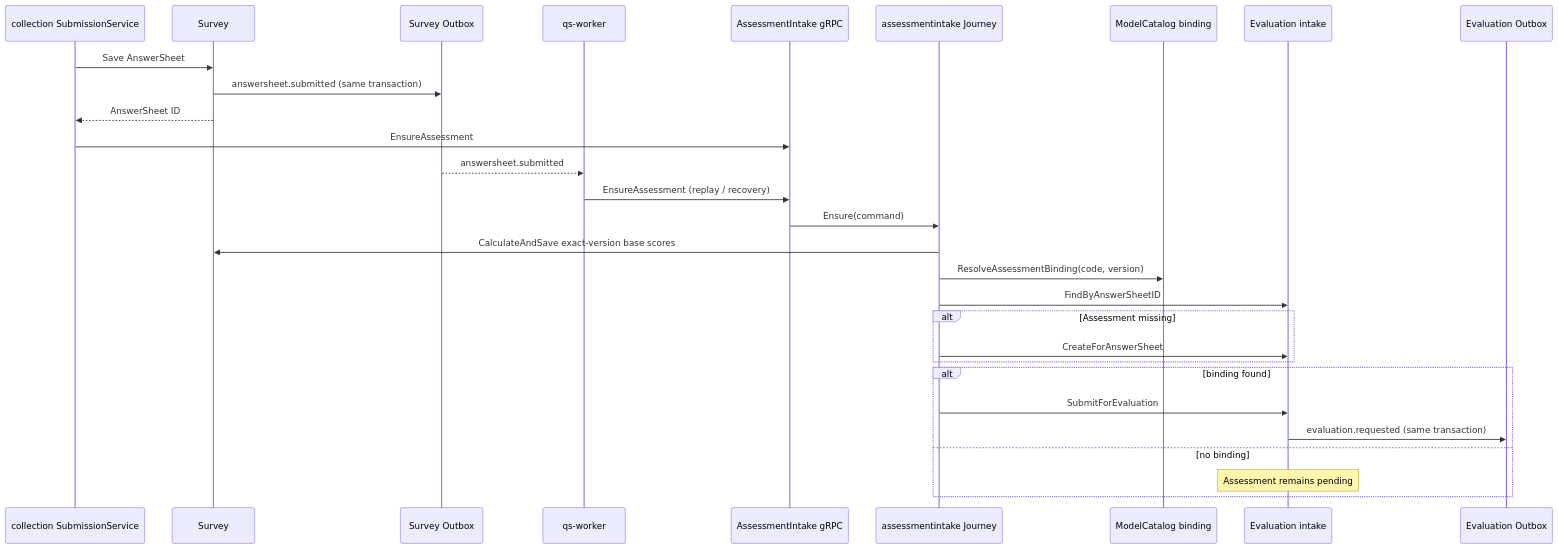
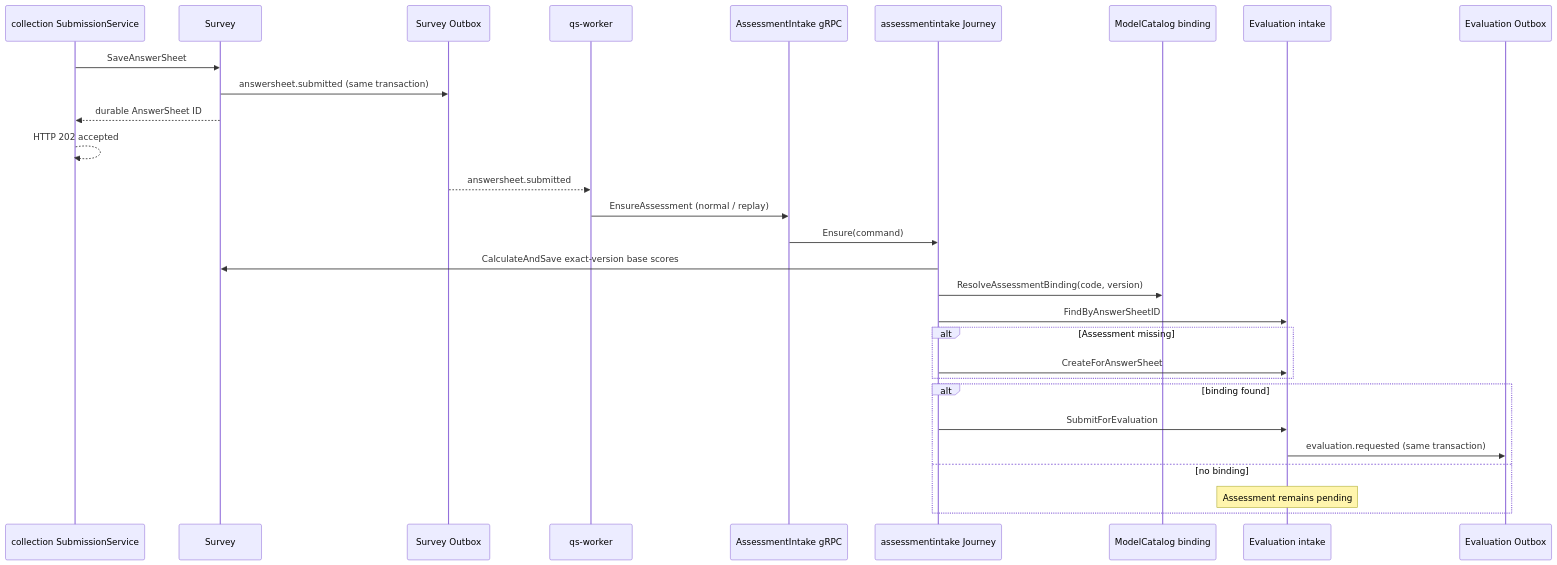
The diagram in docs/02-业务模块/30-evaluation/30-关键链路-答卷入站与测评请求.md (FangcunMount/qs-server), drawn with Mermaid before and after one commit. The commit also changed other lines of this file and 73 other files, not shown here.

````diff
--- a/docs/02-业务模块/30-evaluation/30-关键链路-答卷入站与测评请求.md
+++ b/docs/02-业务模块/30-evaluation/30-关键链路-答卷入站与测评请求.md
@@ -38,32 +38,32 @@
 ```mermaid
 sequenceDiagram
     participant C as collection SubmissionService
     participant S as Survey
     participant O as Survey Outbox
     participant W as qs-worker
     participant G as AssessmentIntake gRPC
     participant J as assessmentintake Journey
     participant M as ModelCatalog binding
     participant E as Evaluation intake
     participant EO as Evaluation Outbox
 
-    C->>S: Save AnswerSheet
+    C->>S: SaveAnswerSheet
     S->>O: answersheet.submitted (same transaction)
-    S-->>C: AnswerSheet ID
-    C->>G: EnsureAssessment
+    S-->>C: durable AnswerSheet ID
+    C-->>C: HTTP 202 accepted
     O-->>W: answersheet.submitted
-    W->>G: EnsureAssessment (replay / recovery)
+    W->>G: EnsureAssessment (normal / replay)
     G->>J: Ensure(command)
     J->>S: CalculateAndSave exact-version base scores
     J->>M: ResolveAssessmentBinding(code, version)
     J->>E: FindByAnswerSheetID
     alt Assessment missing
         J->>E: CreateForAnswerSheet
     end
     alt binding found
         J->>E: SubmitForEvaluation
         E->>EO: evaluation.requested (same transaction)
     else no binding
         Note over E: Assessment remains pending
     end
 ```
````
